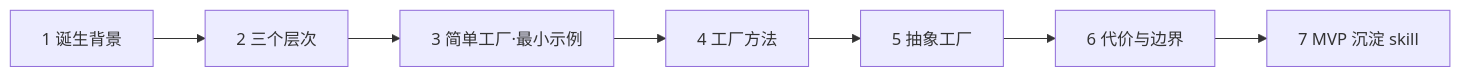
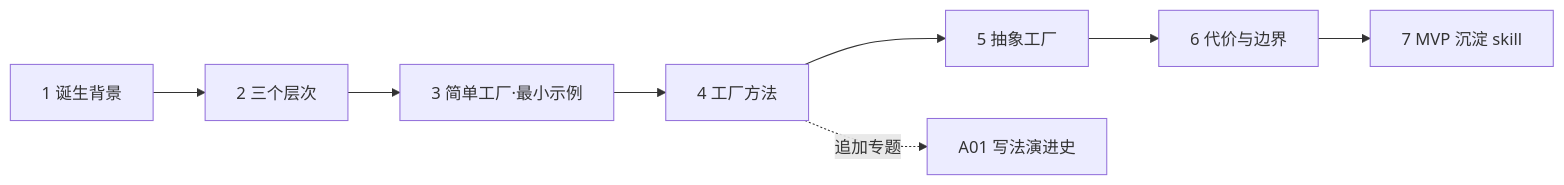
Before and after one commit to guang-lee-cn/design-pattern: the diagram in factory-pattern/docs/00-讲解计划.md, drawn with Mermaid. The commit also changed other lines of this file and 5 other files, not shown here.

````diff
--- a/factory-pattern/docs/00-讲解计划.md
+++ b/factory-pattern/docs/00-讲解计划.md
@@ -8,9 +8,10 @@
 ```mermaid
 flowchart LR
     A[1 诞生背景] --> B[2 三个层次]
     B --> C[3 简单工厂·最小示例]
     C --> D[4 工厂方法]
     D --> E[5 抽象工厂]
     E --> F[6 代价与边界]
     F --> G[7 MVP 沉淀 skill]
+    D -.追加专题.-> X[A01 写法演进史]
 ```
````
